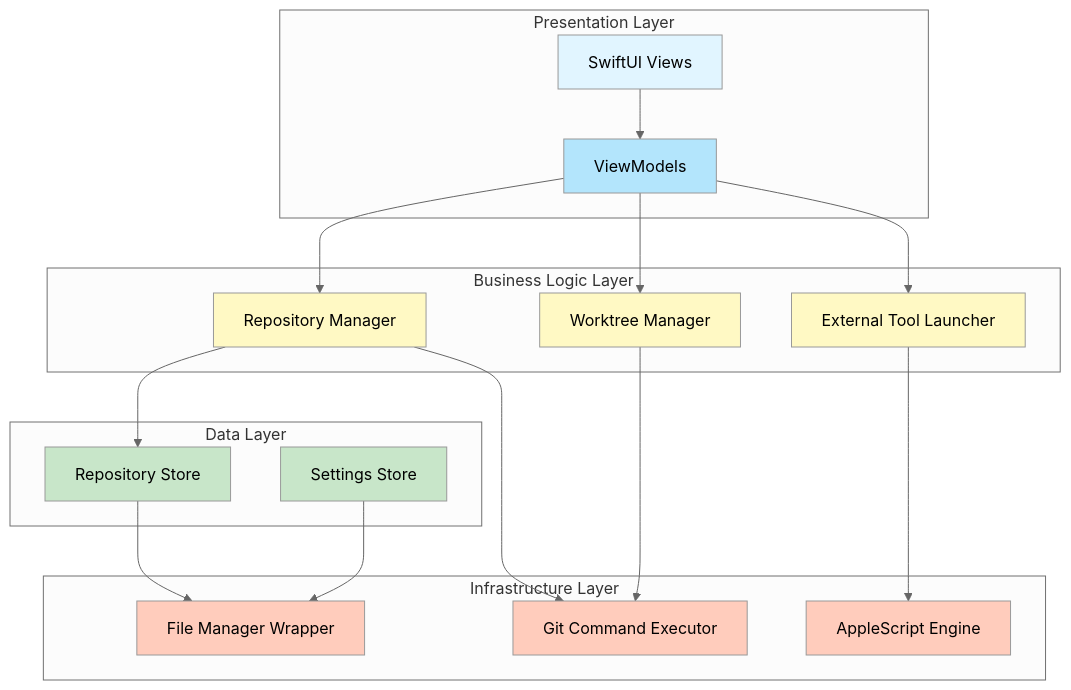
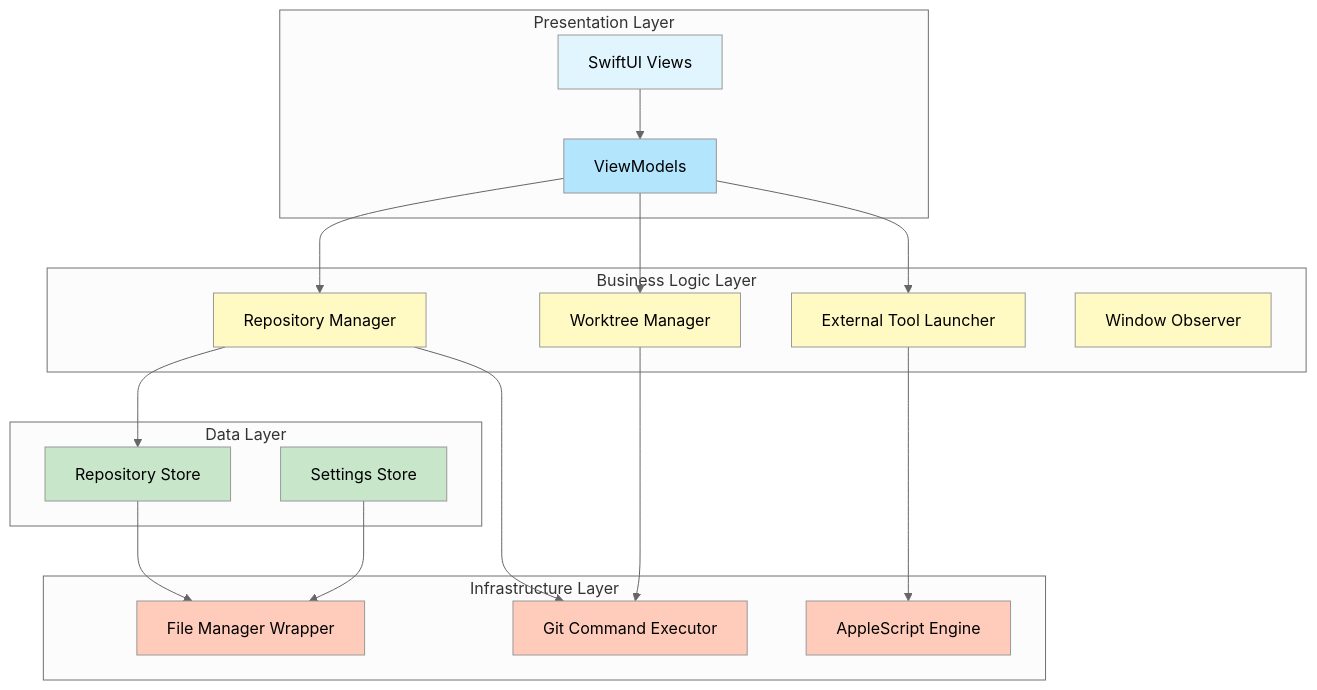
One commit to sapsaldog/oh-my-worktree changed the fifth of 7 diagrams in docs/PRD.md. Above: the diagram before and after it, drawn with Mermaid (neutral theme). The commit also changed other lines of this file and 4 other files, not shown here.

````diff
--- a/docs/PRD.md
+++ b/docs/PRD.md
@@ -1102,48 +1142,50 @@
 ```mermaid
 graph TB
     subgraph "Presentation Layer"
         A[SwiftUI Views]
         B[ViewModels]
     end
 
     subgraph "Business Logic Layer"
         C[Repository Manager]
         D[Worktree Manager]
         E[External Tool Launcher]
+        K[Window Observer]
     end
 
     subgraph "Data Layer"
         F[Repository Store]
         G[Settings Store]
     end
 
     subgraph "Infrastructure Layer"
         H[Git Command Executor]
         I[File Manager Wrapper]
         J[AppleScript Engine]
     end
 
     A --> B
     B --> C
     B --> D
     B --> E
 
     C --> F
     C --> H
     D --> H
     E --> J
 
     F --> I
     G --> I
 
     style A fill:#e1f5ff
     style B fill:#b3e5fc
     style C fill:#fff9c4
     style D fill:#fff9c4
     style E fill:#fff9c4
+    style K fill:#fff9c4
     style F fill:#c8e6c9
     style G fill:#c8e6c9
     style H fill:#ffccbc
     style I fill:#ffccbc
     style J fill:#ffccbc
 ```
````
